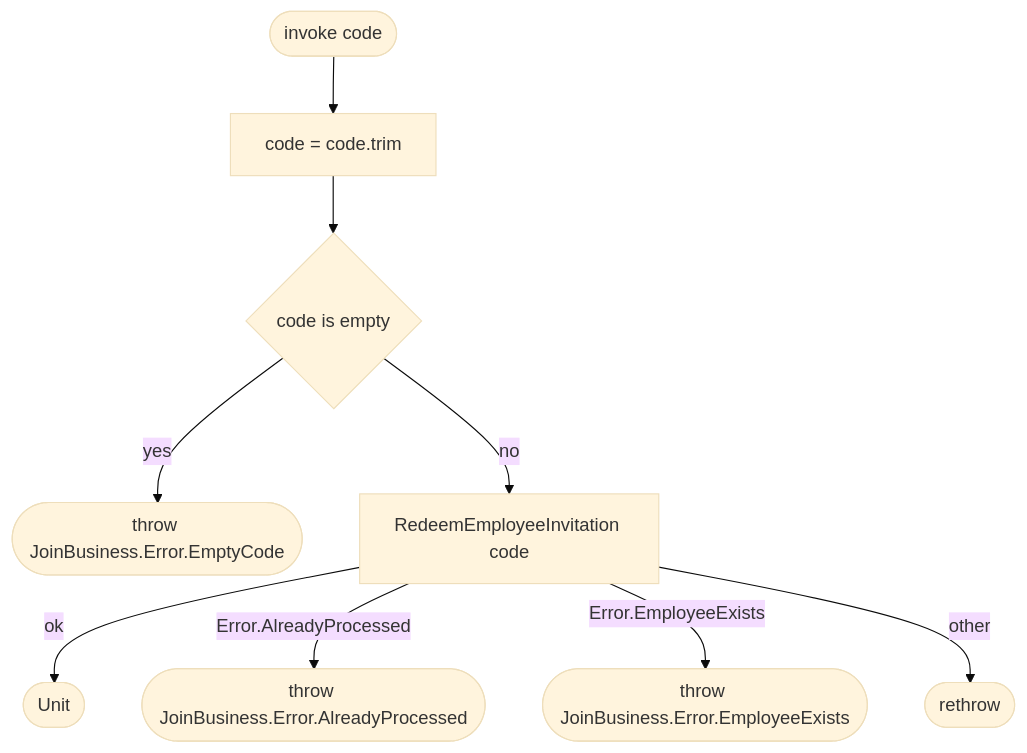
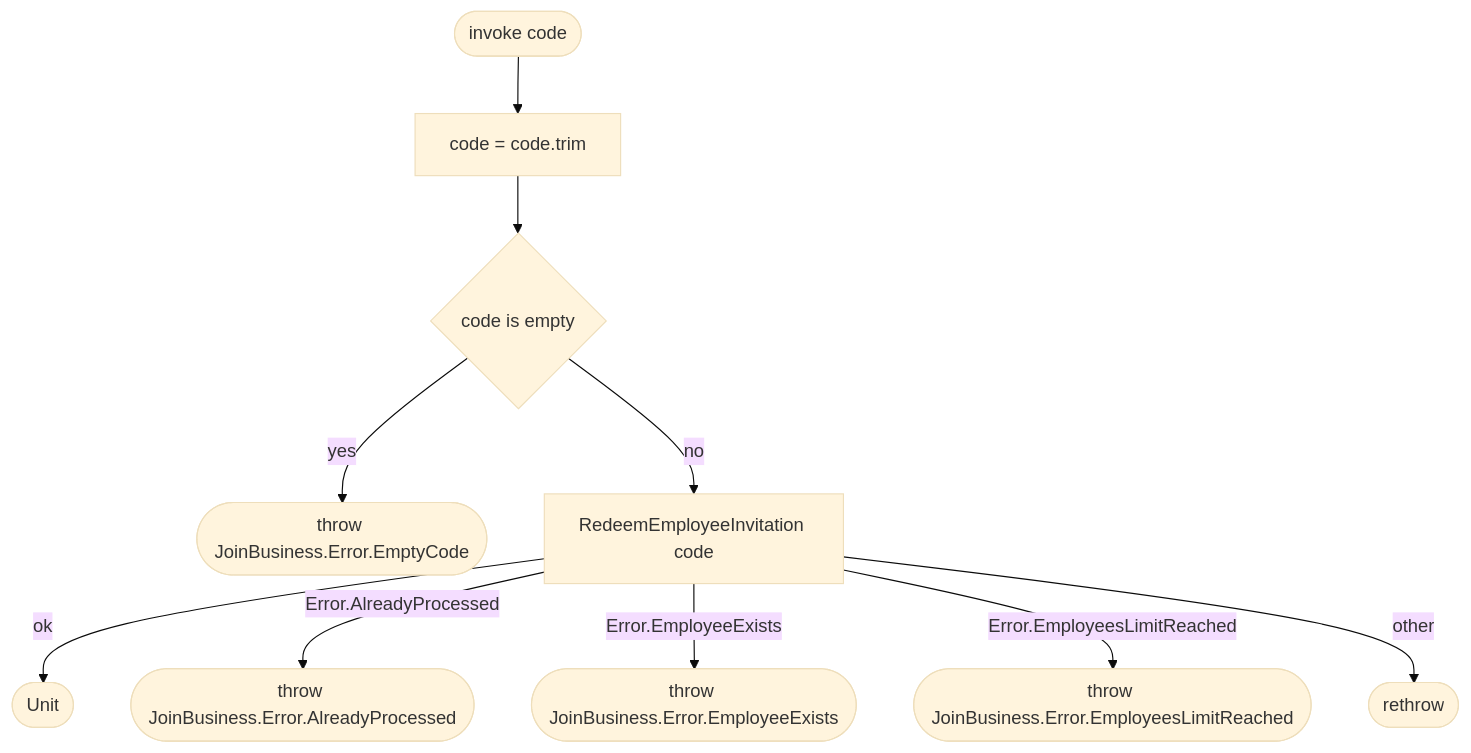
The diagram in docs/operations/business/join-business.md (nocturneproperties/bookkme-client), drawn with Mermaid (base theme) before and after one commit. The commit also changed 91 other files, not shown here.

````diff
--- a/docs/operations/business/join-business.md
+++ b/docs/operations/business/join-business.md
@@ -12,11 +12,12 @@
 ```mermaid
 flowchart TD
     Start([invoke code]) --> Trim[code = code.trim]
     Trim --> Blank{code is empty}
     Blank -- yes --> E0([throw JoinBusiness.Error.EmptyCode])
     Blank -- no --> Redeem[RedeemEmployeeInvitation code]
     Redeem -- ok --> R([Unit])
     Redeem -- Error.AlreadyProcessed --> E1([throw JoinBusiness.Error.AlreadyProcessed])
     Redeem -- Error.EmployeeExists --> E2([throw JoinBusiness.Error.EmployeeExists])
+    Redeem -- Error.EmployeesLimitReached --> E3([throw JoinBusiness.Error.EmployeesLimitReached])
     Redeem -- other --> EX([rethrow])
 ```
````
